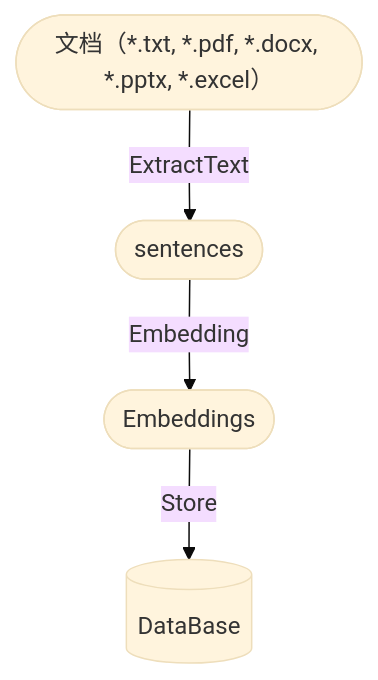
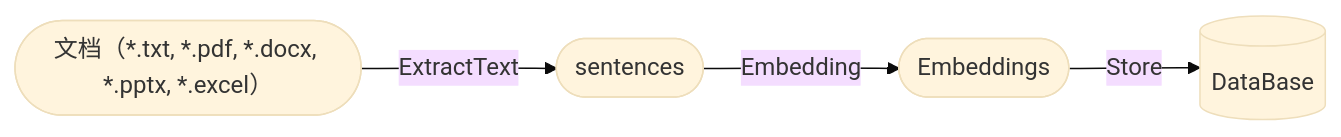
Before and after one commit to RapidAI/Knowledge-QA-LLM: the first of 2 diagrams in README.md, drawn with Mermaid (base theme).

````diff
--- a/README.md
+++ b/README.md
@@ -10,7 +10,7 @@
     ```mermaid
-    flowchart TD
+    flowchart LR
 
     A(["文档（*.txt, *.pdf, *.docx, *.pptx, *.excel）"]) --ExtractText--> B([sentences])
     B --Embedding--> C([Embeddings])
     C --Store--> D[(DataBase)]
     ```
````
